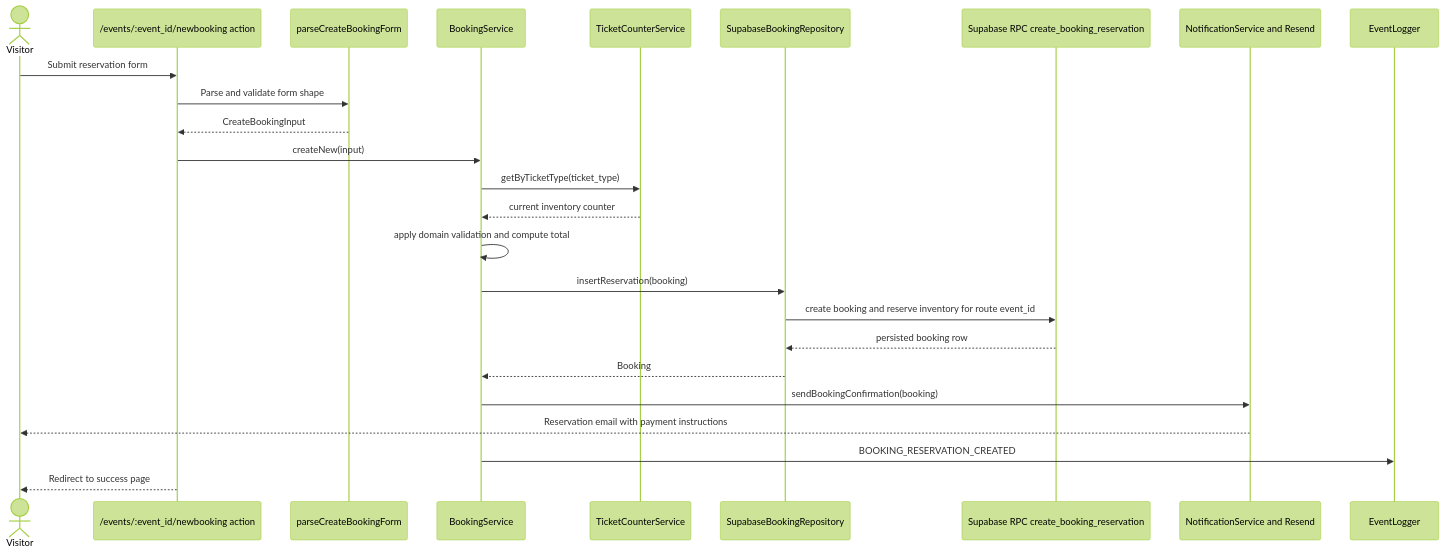
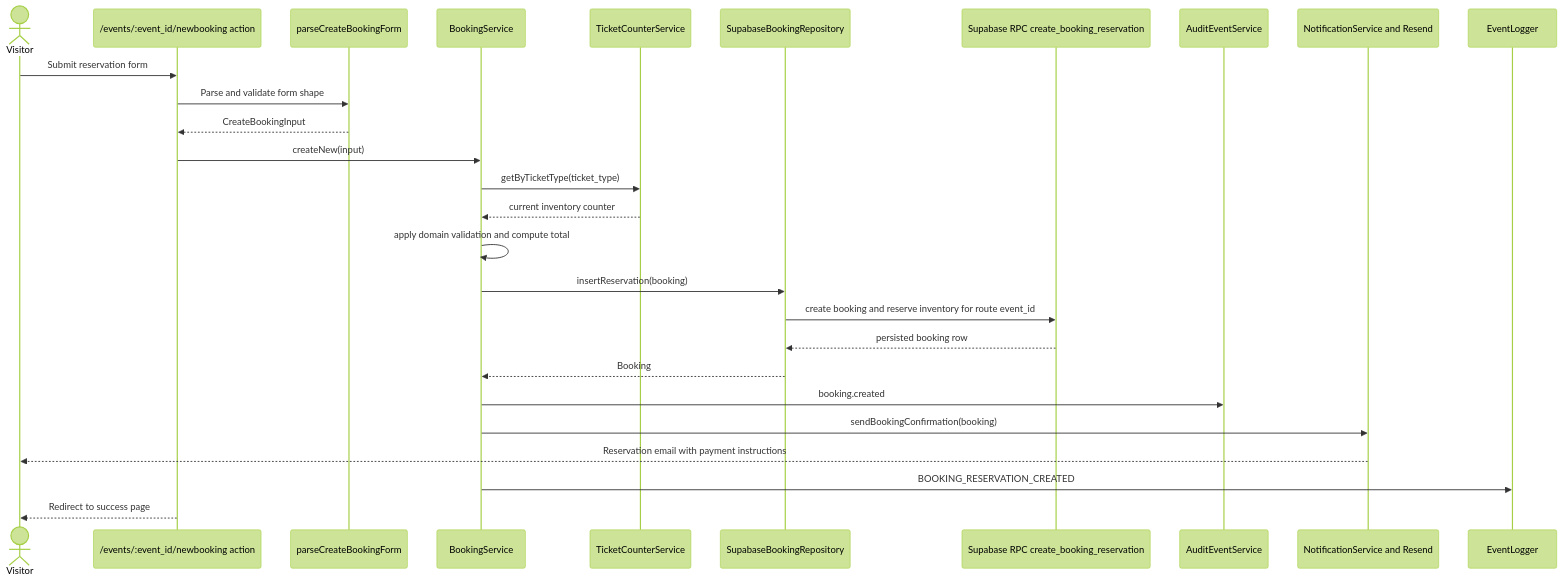
The fourth of 6 diagrams in docs/architecture.md (gretchel2025/gfeurope2), drawn with Mermaid (forest theme) before and after one commit. The commit also changed other lines of this file and 46 other files, not shown here.

Commit message:
add audit event history

````diff
--- a/docs/architecture.md
+++ b/docs/architecture.md
@@ -200,28 +209,30 @@
 ```mermaid
 sequenceDiagram
     actor Visitor
     participant Page as /events/:event_id/newbooking action
     participant Form as parseCreateBookingForm
     participant Booking as BookingService
     participant Counter as TicketCounterService
     participant Repo as SupabaseBookingRepository
     participant RPC as Supabase RPC create_booking_reservation
+    participant Audit as AuditEventService
     participant Email as NotificationService and Resend
     participant Log as EventLogger
 
     Visitor->>Page: Submit reservation form
     Page->>Form: Parse and validate form shape
     Form-->>Page: CreateBookingInput
     Page->>Booking: createNew(input)
     Booking->>Counter: getByTicketType(ticket_type)
     Counter-->>Booking: current inventory counter
     Booking->>Booking: apply domain validation and compute total
     Booking->>Repo: insertReservation(booking)
     Repo->>RPC: create booking and reserve inventory for route event_id
     RPC-->>Repo: persisted booking row
     Repo-->>Booking: Booking
+    Booking->>Audit: booking.created
     Booking->>Email: sendBookingConfirmation(booking)
     Email-->>Visitor: Reservation email with payment instructions
     Booking->>Log: BOOKING_RESERVATION_CREATED
     Page-->>Visitor: Redirect to success page
 ```
````
